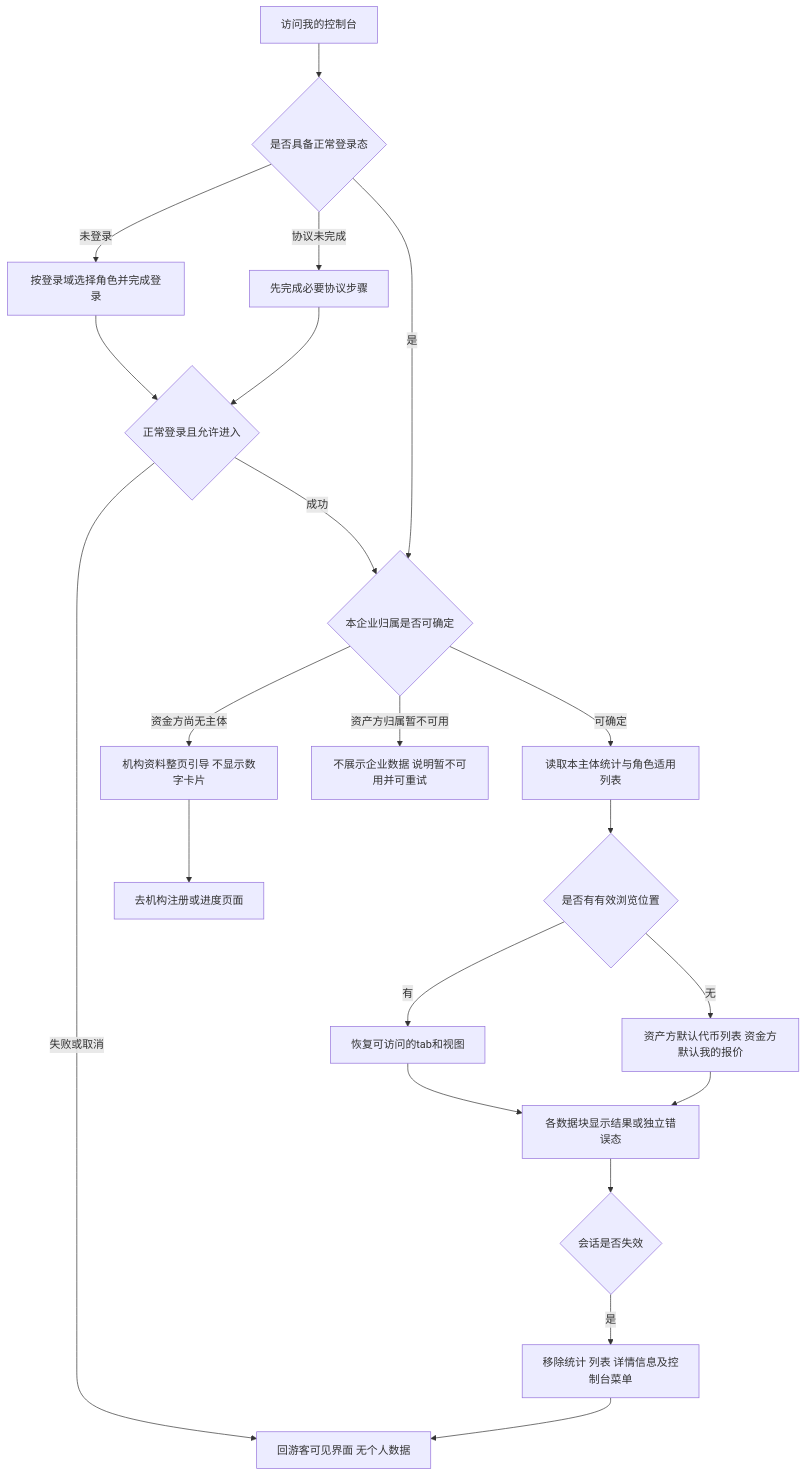
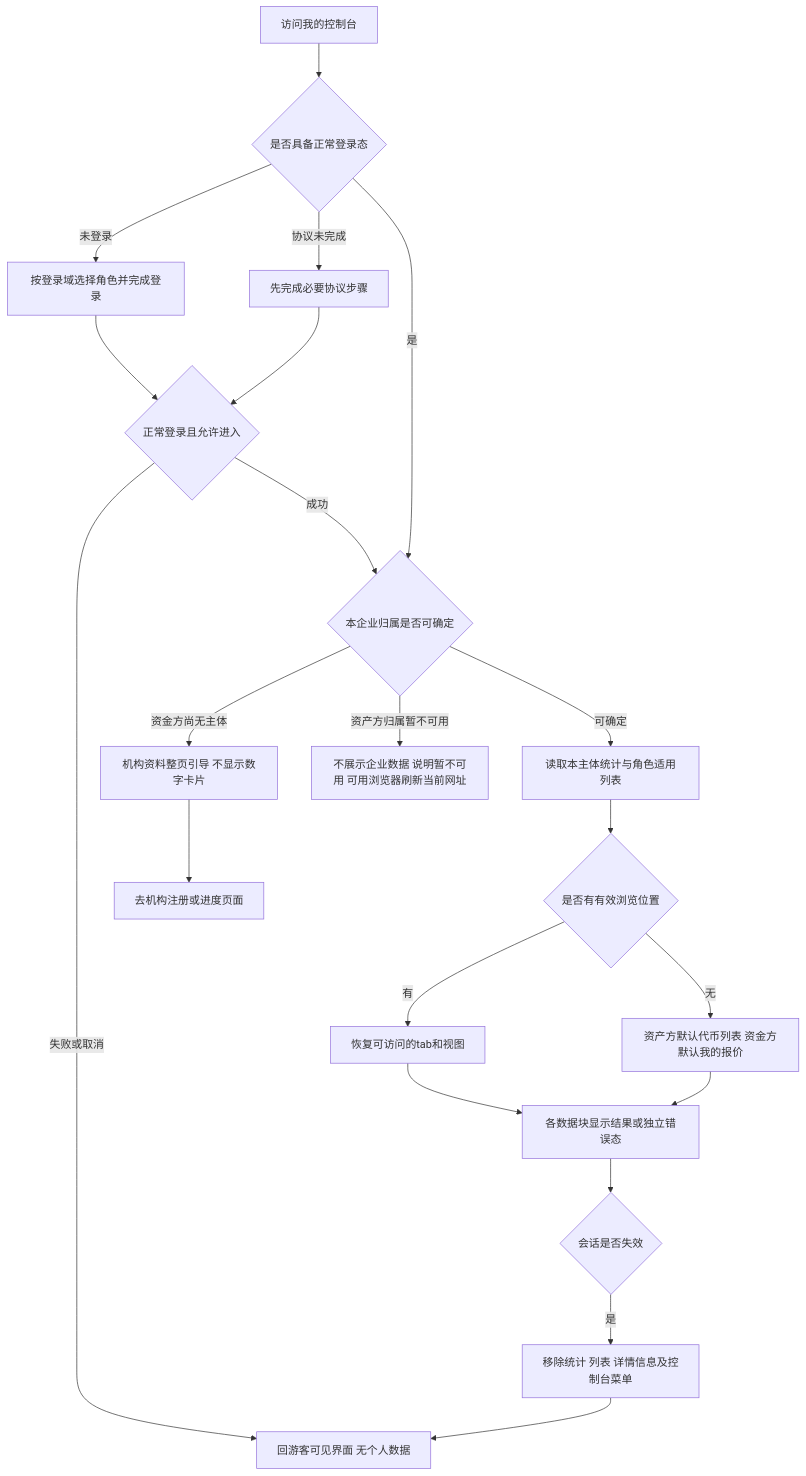
One commit to wxblockchain/Chain-Financing changed the first of 11 diagrams in lending-platform/PRD/v1.0-我的控制台/v1.0-我的控制台-流程图与状态机.md. Above: the diagram before and after it, drawn with Mermaid. The commit also changed other lines of this file and 2 other files, not shown here.

````diff
--- a/lending-platform/PRD/v1.0-我的控制台/v1.0-我的控制台-流程图与状态机.md
+++ b/lending-platform/PRD/v1.0-我的控制台/v1.0-我的控制台-流程图与状态机.md
@@ -22,23 +24,23 @@
 ```mermaid
 flowchart TD
   A[访问我的控制台] --> B{是否具备正常登录态}
   B -- 未登录 --> C[按登录域选择角色并完成登录]
   B -- 协议未完成 --> D[先完成必要协议步骤]
   C --> E{正常登录且允许进入}
   D --> E
   E -- 失败或取消 --> Z[回游客可见界面 无个人数据]
   E -- 成功 --> F{本企业归属是否可确定}
   B -- 是 --> F
   F -- 资金方尚无主体 --> G[机构资料整页引导 不显示数字卡片]
   G --> H[去机构注册或进度页面]
-  F -- 资产方归属暂不可用 --> I[不展示企业数据 说明暂不可用并可重试]
+  F -- 资产方归属暂不可用 --> I[不展示企业数据 说明暂不可用 可用浏览器刷新当前网址]
   F -- 可确定 --> J[读取本主体统计与角色适用列表]
   J --> K{是否有有效浏览位置}
   K -- 有 --> L[恢复可访问的tab和视图]
   K -- 无 --> M[资产方默认代币列表 资金方默认我的报价]
   L --> N[各数据块显示结果或独立错误态]
   M --> N
   N --> O{会话是否失效}
   O -- 是 --> P[移除统计 列表 详情信息及控制台菜单]
   P --> Z
 ```
````
